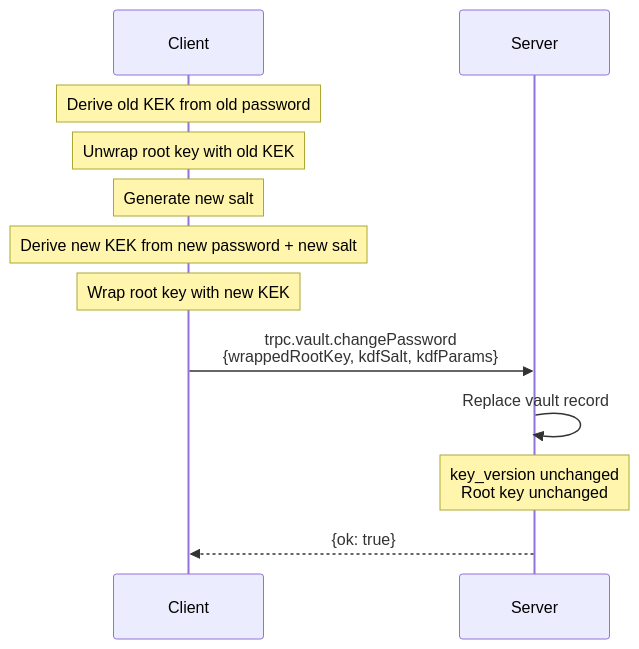
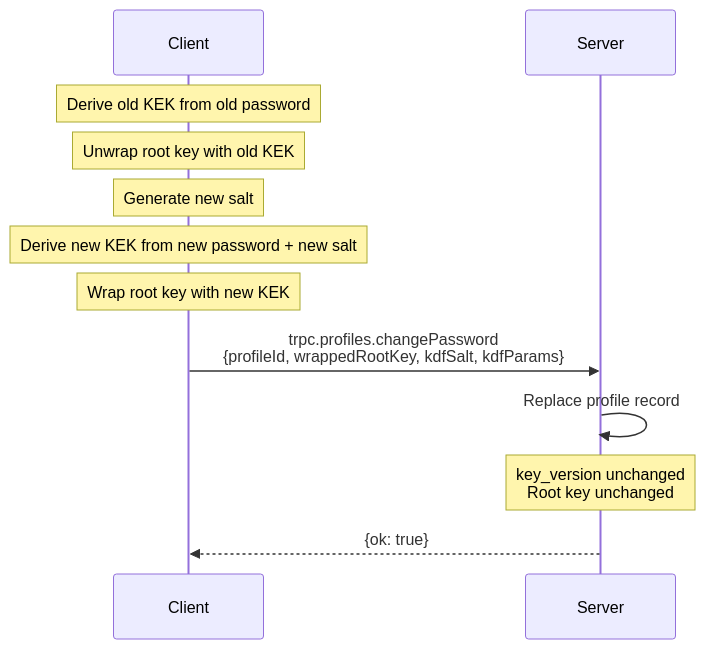
The second of 3 diagrams in docs/ENVELOPE_SPEC.md (punitarani/abadge), drawn with Mermaid before and after one commit. The commit also changed other lines of this file and 2 other files, not shown here.

Commit message:
docs(api): rewrite API.md as REST reference; remove vault.* references
Replace the tRPC-only API reference with a /v1 REST endpoint catalog
sourced from the OpenAPI 3.1 spec at /v1/openapi.json. Includes auth
header conventions, error envelope, rate limits, and pagination.

Also scrub the last namespace-level vault.* references from
ARCHITECTURE.md and ENVELOPE_SPEC.md; profile management flows
through profiles.* and POST /v1/orgs/{orgId}/profiles.

````diff
--- a/docs/ENVELOPE_SPEC.md
+++ b/docs/ENVELOPE_SPEC.md
@@ -181,16 +181,16 @@
 ```mermaid
 sequenceDiagram
   participant User as Client
   participant API as Server
 
   Note over User: Derive old KEK from old password
   Note over User: Unwrap root key with old KEK
   Note over User: Generate new salt
   Note over User: Derive new KEK from new password + new salt
   Note over User: Wrap root key with new KEK
 
-  User->>API: trpc.vault.changePassword<br/>{wrappedRootKey, kdfSalt, kdfParams}
-  API->>API: Replace vault record
+  User->>API: trpc.profiles.changePassword<br/>{profileId, wrappedRootKey, kdfSalt, kdfParams}
+  API->>API: Replace profile record
   Note over API: key_version unchanged<br/>Root key unchanged
   API-->>User: {ok: true}
 ```
````
